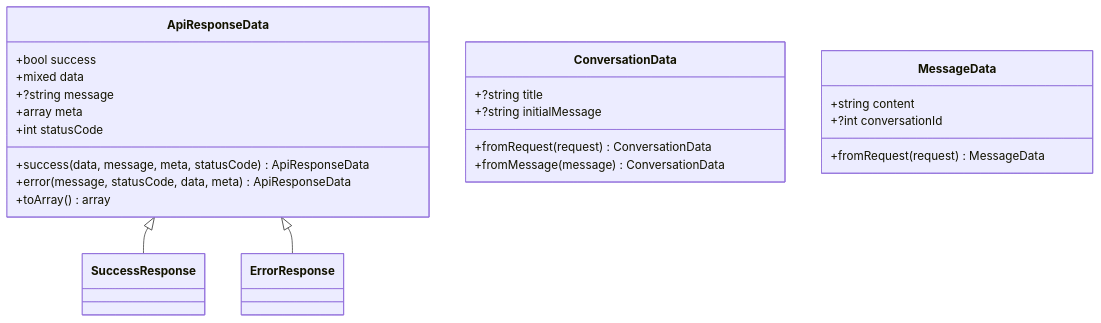
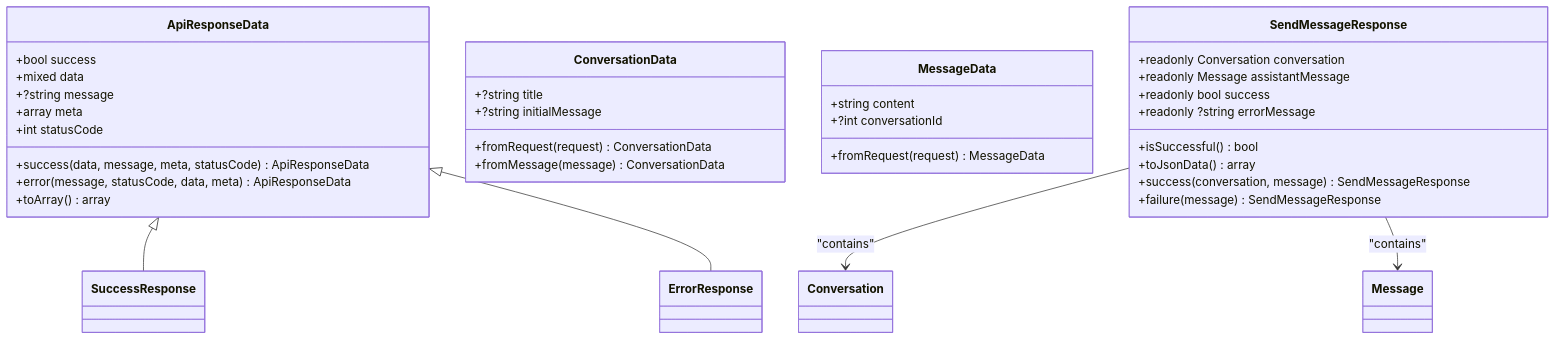
Before and after one commit to siimliimand/laravel-assistant: the fourth of 10 diagrams in .qoder/repowiki/en/content/Architectural Standards Specification.md, drawn with Mermaid. The commit also changed other lines of this file and 8 other files, not shown here.

First line of the commit message:
docs(actions): add PrepareChatViewAction and update architecture docs

````diff
--- a/.qoder/repowiki/en/content/Architectural Standards Specification.md
+++ b/.qoder/repowiki/en/content/Architectural Standards Specification.md
@@ -259,26 +310,38 @@
 ```mermaid
 classDiagram
 class ApiResponseData {
 +bool success
 +mixed data
 +?string message
 +array meta
 +int statusCode
 +success(data, message, meta, statusCode) ApiResponseData
 +error(message, statusCode, data, meta) ApiResponseData
 +toArray() array
 }
 class ConversationData {
 +?string title
 +?string initialMessage
 +fromRequest(request) ConversationData
 +fromMessage(message) ConversationData
 }
 class MessageData {
 +string content
 +?int conversationId
 +fromRequest(request) MessageData
 }
+class SendMessageResponse {
++readonly Conversation conversation
++readonly Message assistantMessage
++readonly bool success
++readonly ?string errorMessage
++isSuccessful() bool
++toJsonData() array
++success(conversation, message) SendMessageResponse
++failure(message) SendMessageResponse
+}
 ApiResponseData <|-- SuccessResponse
 ApiResponseData <|-- ErrorResponse
+SendMessageResponse --> Conversation : "contains"
+SendMessageResponse --> Message : "contains"
 ```
````
